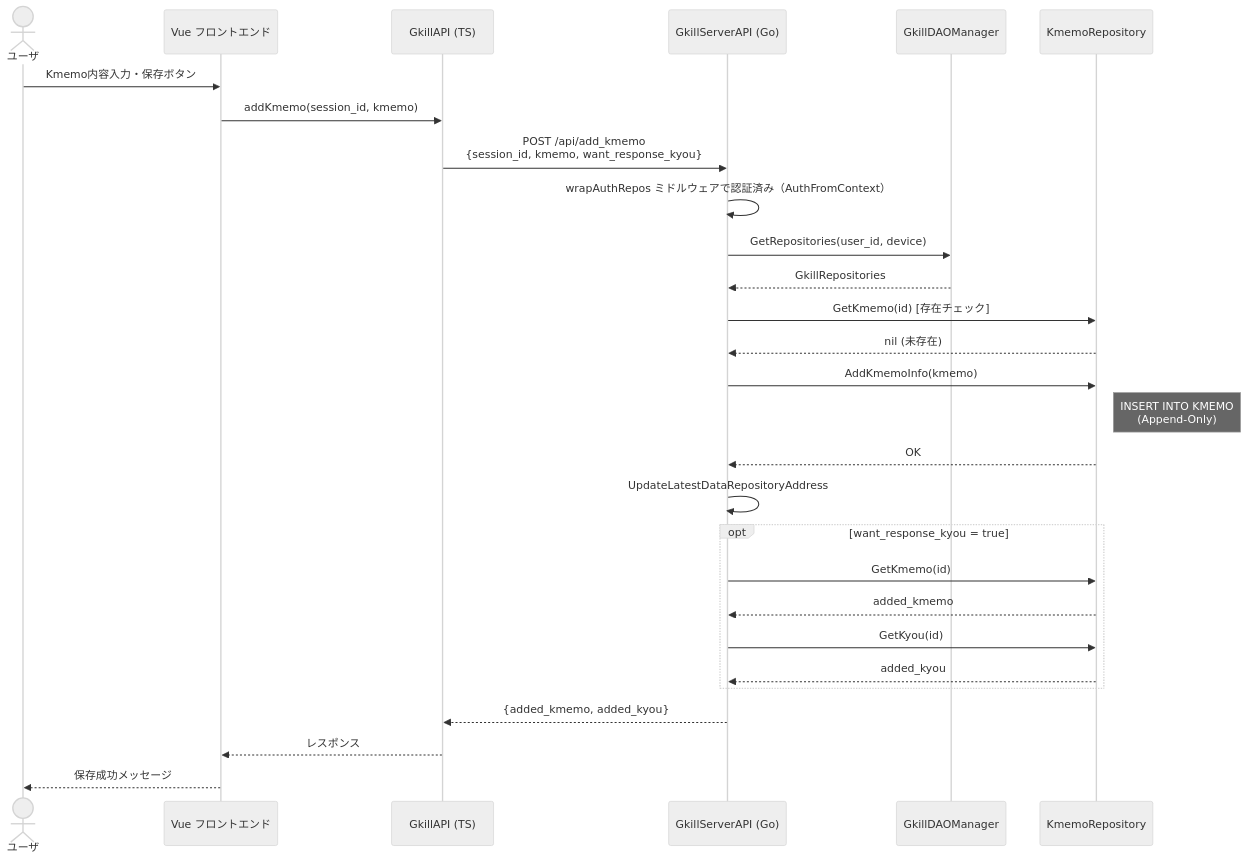
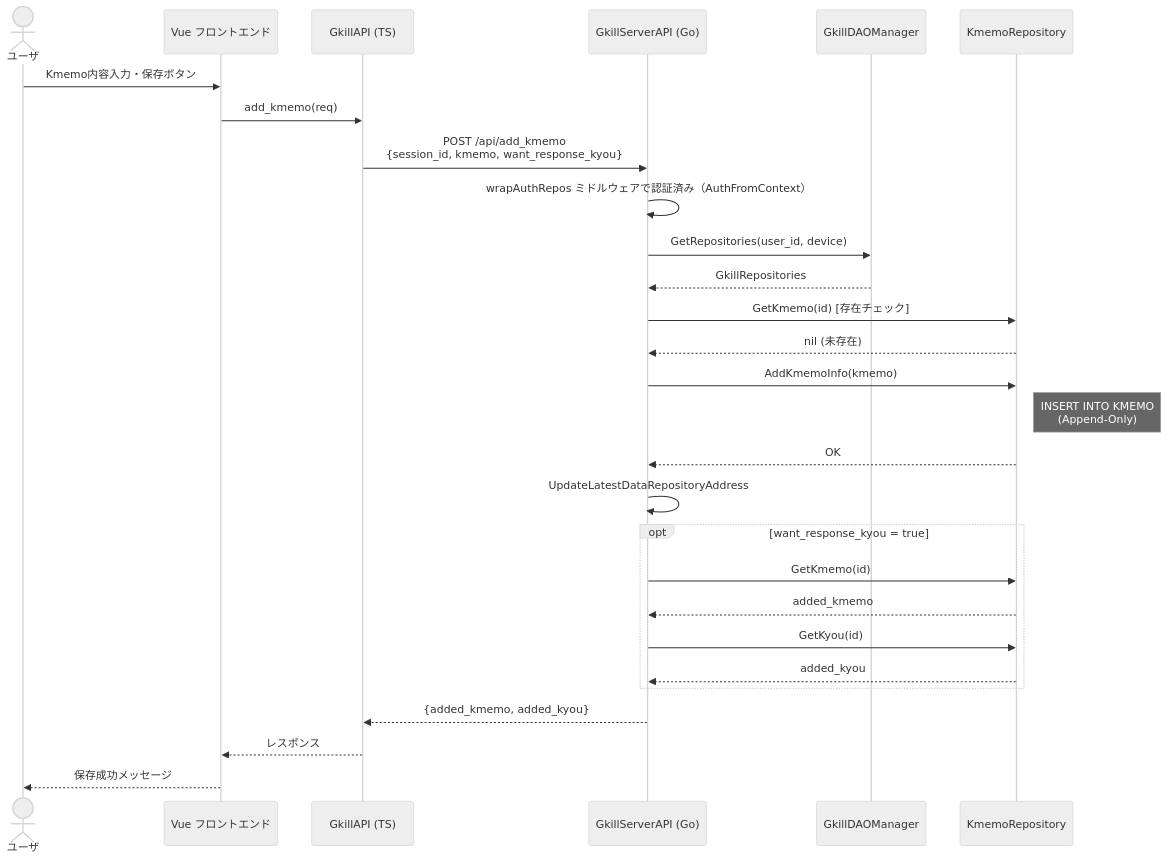
One commit to mt3hr/gkill changed the fourth of 29 diagrams in documents/reverse/sequence-diagrams.md. Above: the diagram before and after it, drawn with Mermaid (neutral theme). The commit also changed other lines of this file and 2 other files, not shown here.

First line of the commit message:
Fix シーケンス図と利用シナリオに書かれていた、実在しない TS・Kotlin・MCP の関数名を実コードに合わせる

````diff
--- a/documents/reverse/sequence-diagrams.md
+++ b/documents/reverse/sequence-diagrams.md
@@ -119,31 +119,31 @@
 ```mermaid
 sequenceDiagram
     actor User as ユーザ
     participant UI as Vue フロントエンド
     participant GkillAPI as GkillAPI (TS)
     participant API as GkillServerAPI (Go)
     participant DAOMgr as GkillDAOManager
     participant KmemoRep as KmemoRepository
 
     User->>UI: Kmemo内容入力・保存ボタン
-    UI->>GkillAPI: addKmemo(session_id, kmemo)
+    UI->>GkillAPI: add_kmemo(req)
     GkillAPI->>API: POST /api/add_kmemo<br>{session_id, kmemo, want_response_kyou}
     API->>API: wrapAuthRepos ミドルウェアで認証済み（AuthFromContext）
     API->>DAOMgr: GetRepositories(user_id, device)
     DAOMgr-->>API: GkillRepositories
     API->>KmemoRep: GetKmemo(id) [存在チェック]
     KmemoRep-->>API: nil (未存在)
     API->>KmemoRep: AddKmemoInfo(kmemo)
     Note right of KmemoRep: INSERT INTO KMEMO<br>(Append-Only)
     KmemoRep-->>API: OK
     API->>API: UpdateLatestDataRepositoryAddress
     opt want_response_kyou = true
         API->>KmemoRep: GetKmemo(id)
         KmemoRep-->>API: added_kmemo
         API->>KmemoRep: GetKyou(id)
         KmemoRep-->>API: added_kyou
     end
     API-->>GkillAPI: {added_kmemo, added_kyou}
     GkillAPI-->>UI: レスポンス
     UI-->>User: 保存成功メッセージ
 ```
````
